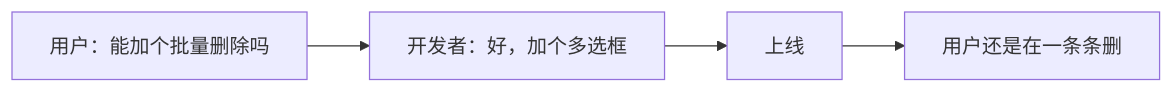
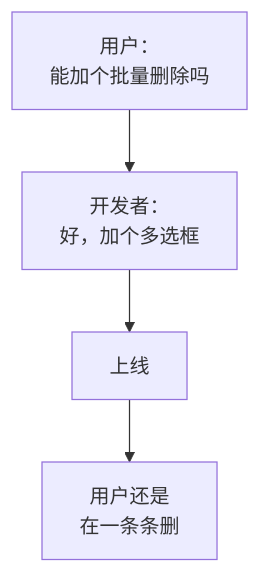
One commit to jarvis-pro/hatch-shelf changed the first of 3 diagrams in books/product-thinking/03-problem-vs-solution.md. Above: the diagram before and after it, drawn with Mermaid. The commit also changed other lines of this file and 432 other files, not shown here.

````diff
--- a/books/product-thinking/03-problem-vs-solution.md
+++ b/books/product-thinking/03-problem-vs-solution.md
@@ -9,6 +9,6 @@
 ```mermaid
-flowchart LR
-  A["用户：能加个批量删除吗"] --> B["开发者：好，加个多选框"]
+flowchart TD
+  A["用户：<br/>能加个批量删除吗"] --> B["开发者：<br/>好，加个多选框"]
   B --> C["上线"]
-  C --> D["用户还是在一条条删"]
+  C --> D["用户还是<br/>在一条条删"]
 ```
````
